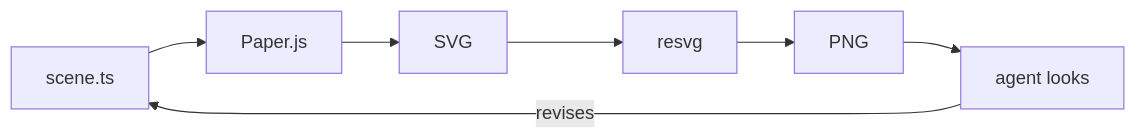
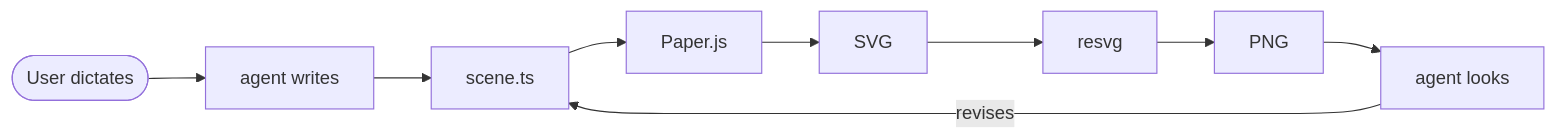
One commit to cottongeeks/dictadraw changed the diagram in README.md. Above: the diagram before and after it, drawn with Mermaid.

Commit message:
Show the user's dictation in the README diagram
The diagram now starts with the user dictating and the agent writing scene.ts.

````diff
--- a/README.md
+++ b/README.md
@@ -7,5 +7,5 @@
 ```mermaid
 flowchart LR
-  scene["scene.ts"] --> paper["Paper.js"] --> svg["SVG"] --> resvg["resvg"] --> png["PNG"] --> look["agent looks"]
+  user(["User dictates"]) --> write["agent writes"] --> scene["scene.ts"] --> paper["Paper.js"] --> svg["SVG"] --> resvg["resvg"] --> png["PNG"] --> look["agent looks"]
   look -- revises --> scene
 ```
````
